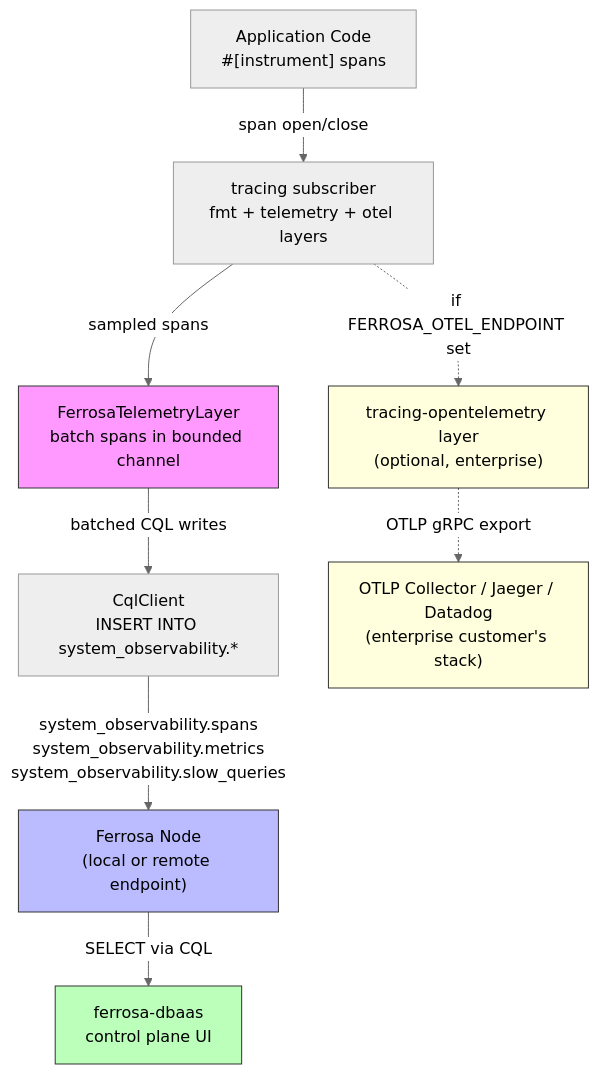
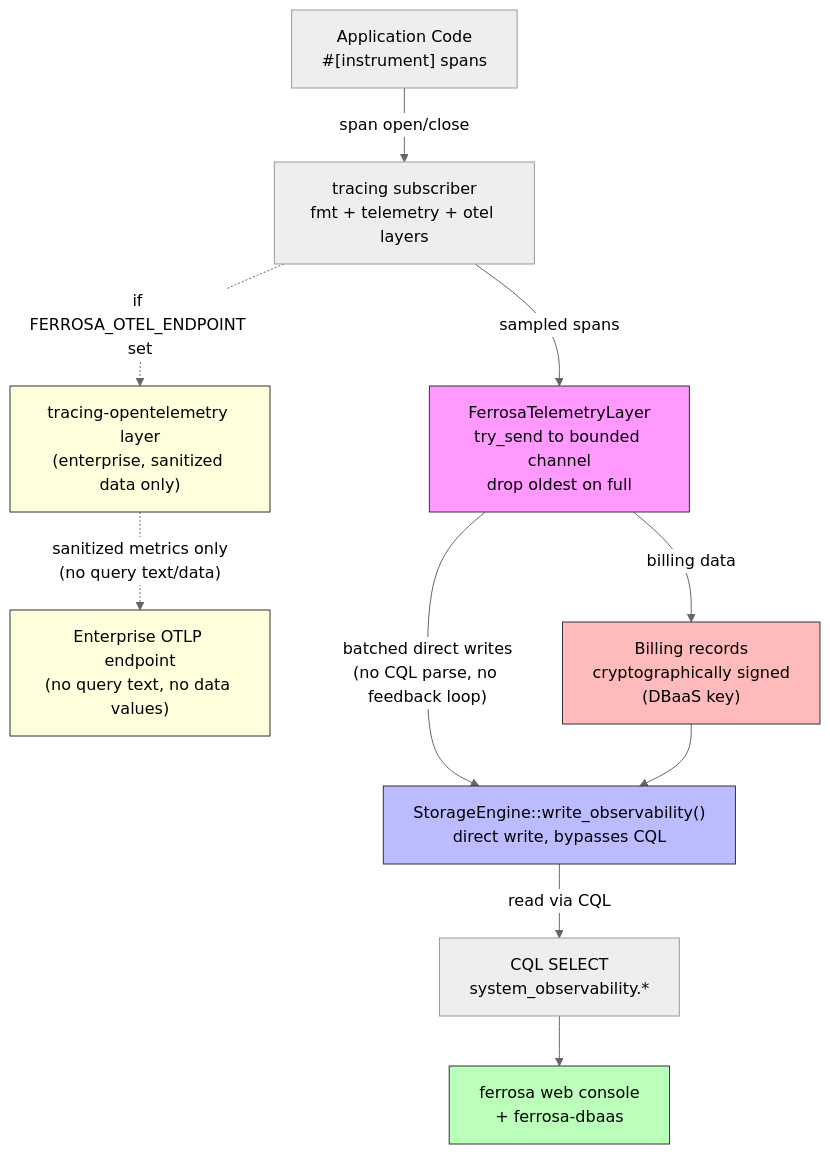
One commit to ferrosadb/ferrosa changed the first of 2 diagrams in specs/observability-architecture.md. Above: the diagram before and after it, drawn with Mermaid (neutral theme). The commit also changed other lines of this file, not shown here.

First line of the commit message:
docs: apply user design decisions to observability architecture

````diff
--- a/specs/observability-architecture.md
+++ b/specs/observability-architecture.md
@@ -23,25 +23,29 @@
 ```mermaid
 graph TD
     App["Application Code<br/>#[instrument] spans"]
     Sub["tracing subscriber<br/>fmt + telemetry + otel layers"]
-    TL["FerrosaTelemetryLayer<br/>batch spans in bounded channel"]
-    OTL["tracing-opentelemetry layer<br/>(optional, enterprise)"]
-    CQL["CqlClient<br/>INSERT INTO system_observability.*"]
-    DB["Ferrosa Node<br/>(local or remote endpoint)"]
-    UI["ferrosa-dbaas<br/>control plane UI"]
-    OTLP["OTLP Collector / Jaeger / Datadog<br/>(enterprise customer's stack)"]
+    TL["FerrosaTelemetryLayer<br/>try_send to bounded channel<br/>drop oldest on full"]
+    OTL["tracing-opentelemetry layer<br/>(enterprise, sanitized data only)"]
+    SE["StorageEngine::write_observability()<br/>direct write, bypasses CQL"]
+    CQL_R["CQL SELECT<br/>system_observability.*"]
+    UI["ferrosa web console<br/>+ ferrosa-dbaas"]
+    OTLP["Enterprise OTLP endpoint<br/>(no query text, no data values)"]
+    SIGN["Billing records<br/>cryptographically signed<br/>(DBaaS key)"]
 
     App -->|"span open/close"| Sub
     Sub -->|"sampled spans"| TL
     Sub -.->|"if FERROSA_OTEL_ENDPOINT set"| OTL
-    TL -->|"batched CQL writes"| CQL
-    OTL -.->|"OTLP gRPC export"| OTLP
-    CQL -->|"system_observability.spans<br/>system_observability.metrics<br/>system_observability.slow_queries"| DB
-    DB -->|"SELECT via CQL"| UI
+    TL -->|"batched direct writes<br/>(no CQL parse, no feedback loop)"| SE
+    TL -->|"billing data"| SIGN
+    SIGN --> SE
+    OTL -.->|"sanitized metrics only<br/>(no query text/data)"| OTLP
+    SE -->|"read via CQL"| CQL_R
+    CQL_R --> UI
 
     style TL fill:#f9f,stroke:#333
-    style DB fill:#bbf,stroke:#333
+    style SE fill:#bbf,stroke:#333
     style UI fill:#bfb,stroke:#333
     style OTL fill:#ffd,stroke:#333
     style OTLP fill:#ffd,stroke:#333
+    style SIGN fill:#fbb,stroke:#333
 ```
````
